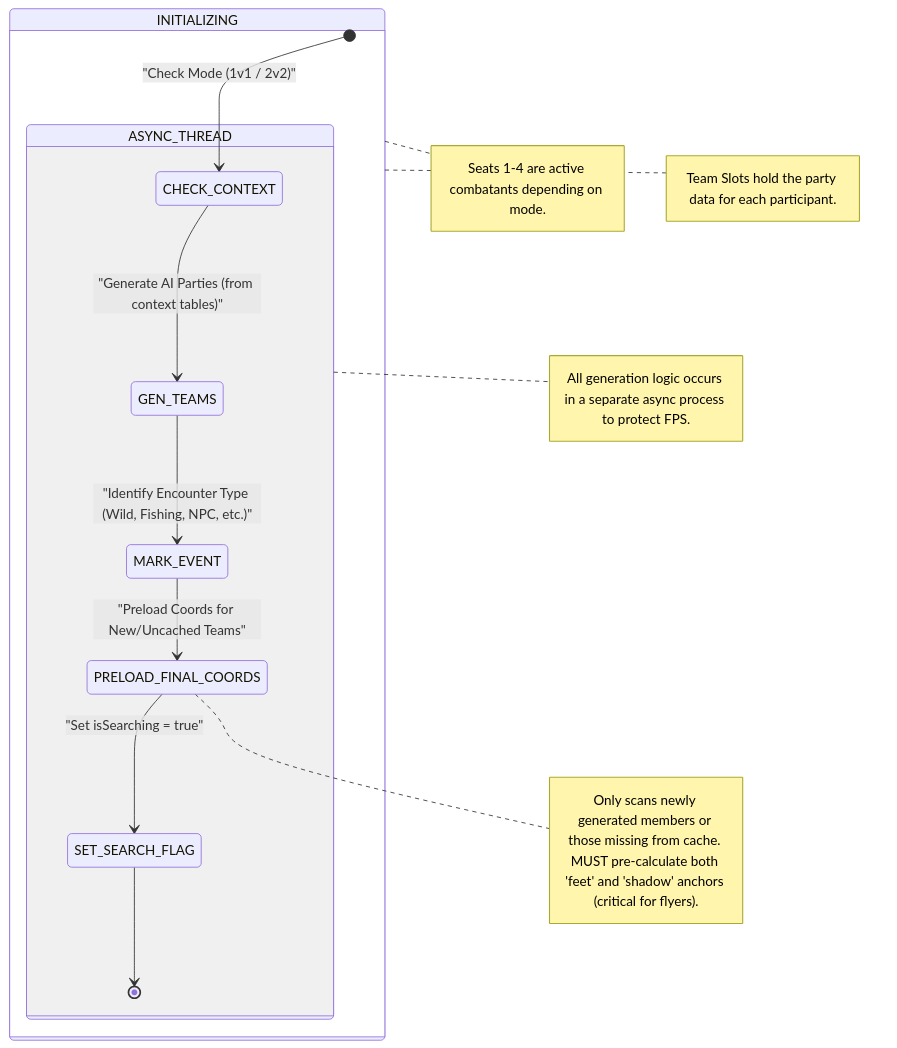
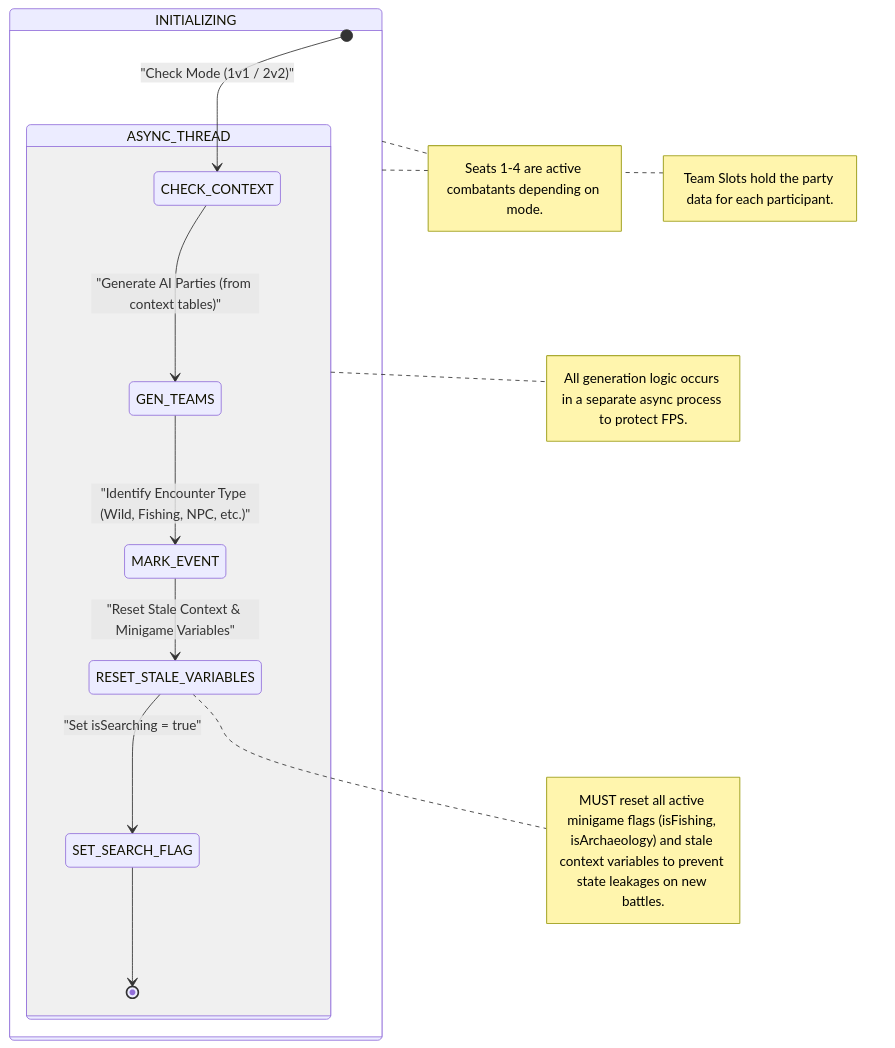
One commit to Darkham77/PokeBorrador changed the third of 18 diagrams in .agents/skills/project-standards/references/battle/battle_mechanics_manual.md. Above: the diagram before and after it, drawn with Mermaid. The commit also changed other lines of this file and 148 other files, not shown here.

````diff
--- a/.agents/skills/project-standards/references/battle/battle_mechanics_manual.md
+++ b/.agents/skills/project-standards/references/battle/battle_mechanics_manual.md
@@ -448,19 +450,19 @@
 ```mermaid
 stateDiagram-v2
     state INITIALIZING {
         [*] --> CHECK_CONTEXT : "Check Mode (1v1 / 2v2)"
         
         state ASYNC_THREAD {
             CHECK_CONTEXT --> GEN_TEAMS : "Generate AI Parties (from context tables)"
             GEN_TEAMS --> MARK_EVENT : "Identify Encounter Type (Wild, Fishing, NPC, etc.)"
-            MARK_EVENT --> PRELOAD_FINAL_COORDS : "Preload Coords for New/Uncached Teams"
-            PRELOAD_FINAL_COORDS --> SET_SEARCH_FLAG : "Set isSearching = true"
+            MARK_EVENT --> RESET_STALE_VARIABLES : "Reset Stale Context & Minigame Variables"
+            RESET_STALE_VARIABLES --> SET_SEARCH_FLAG : "Set isSearching = true"
             SET_SEARCH_FLAG --> [*]
         }
     }
     
     note right of ASYNC_THREAD: All generation logic occurs in a separate async process to protect FPS.
-    note right of PRELOAD_FINAL_COORDS: Only scans newly generated members or those missing from cache. MUST pre-calculate both 'feet' and 'shadow' anchors (critical for flyers).
+    note right of RESET_STALE_VARIABLES: MUST reset all active minigame flags (isFishing, isArchaeology) and stale context variables to prevent state leakages on new battles.
     note right of INITIALIZING: Seats 1-4 are active combatants depending on mode.
     note right of INITIALIZING: Team Slots hold the party data for each participant.
 ```
````
